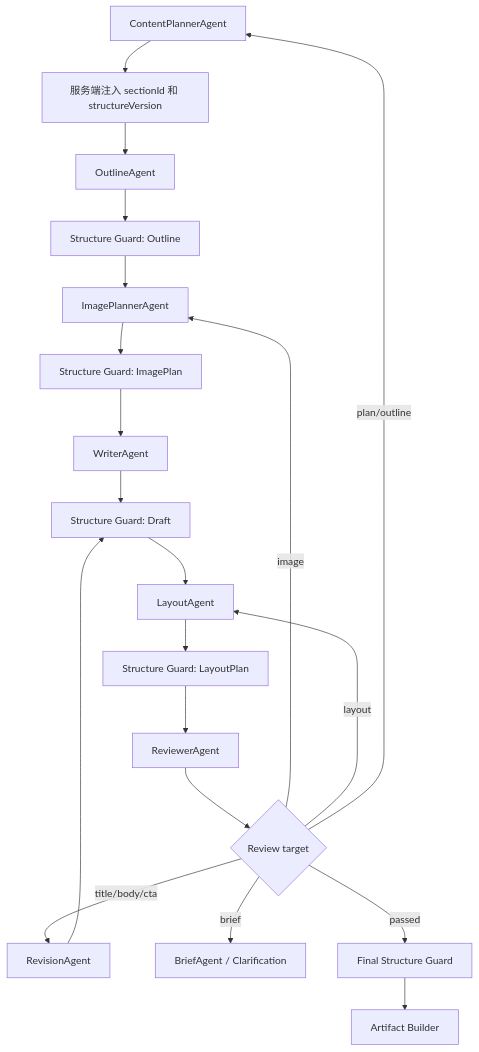
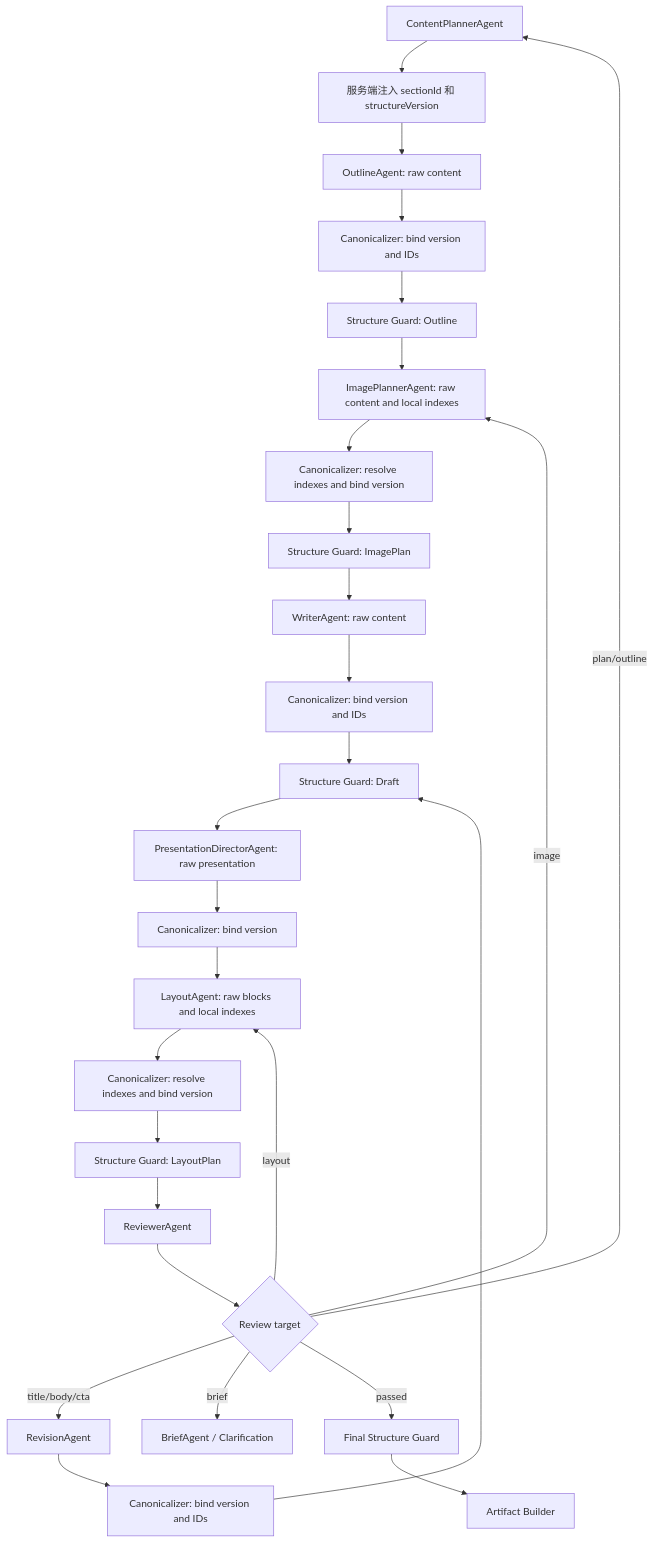
One commit to JourneyJu/media-forge changed the diagram in docs/specs/020-stable-section-identity-and-structure-guard.md. Above: the diagram before and after it, drawn with Mermaid. The commit also changed other lines of this file and 5 other files, not shown here.

````diff
--- a/docs/specs/020-stable-section-identity-and-structure-guard.md
+++ b/docs/specs/020-stable-section-identity-and-structure-guard.md
@@ -93,22 +99,29 @@
 ```mermaid
 flowchart TD
   A["ContentPlannerAgent"] --> B["服务端注入 sectionId 和 structureVersion"]
-  B --> C["OutlineAgent"]
-  C --> D["Structure Guard: Outline"]
-  D --> E["ImagePlannerAgent"]
-  E --> F["Structure Guard: ImagePlan"]
-  F --> G["WriterAgent"]
-  G --> H["Structure Guard: Draft"]
-  H --> I["LayoutAgent"]
-  I --> J["Structure Guard: LayoutPlan"]
+  B --> C["OutlineAgent: raw content"]
+  C --> C1["Canonicalizer: bind version and IDs"]
+  C1 --> D["Structure Guard: Outline"]
+  D --> E["ImagePlannerAgent: raw content and local indexes"]
+  E --> E1["Canonicalizer: resolve indexes and bind version"]
+  E1 --> F["Structure Guard: ImagePlan"]
+  F --> G["WriterAgent: raw content"]
+  G --> G1["Canonicalizer: bind version and IDs"]
+  G1 --> H["Structure Guard: Draft"]
+  H --> P1["PresentationDirectorAgent: raw presentation"]
+  P1 --> P2["Canonicalizer: bind version"]
+  P2 --> I["LayoutAgent: raw blocks and local indexes"]
+  I --> I1["Canonicalizer: resolve indexes and bind version"]
+  I1 --> J["Structure Guard: LayoutPlan"]
   J --> K["ReviewerAgent"]
   K --> L{"Review target"}
   L -->|"title/body/cta"| M["RevisionAgent"]
   L -->|"image"| E
   L -->|"layout"| I
   L -->|"plan/outline"| A
   L -->|"brief"| N["BriefAgent / Clarification"]
   L -->|"passed"| O["Final Structure Guard"]
-  M --> H
+  M --> M1["Canonicalizer: bind version and IDs"]
+  M1 --> H
   O --> P["Artifact Builder"]
 ```
````
